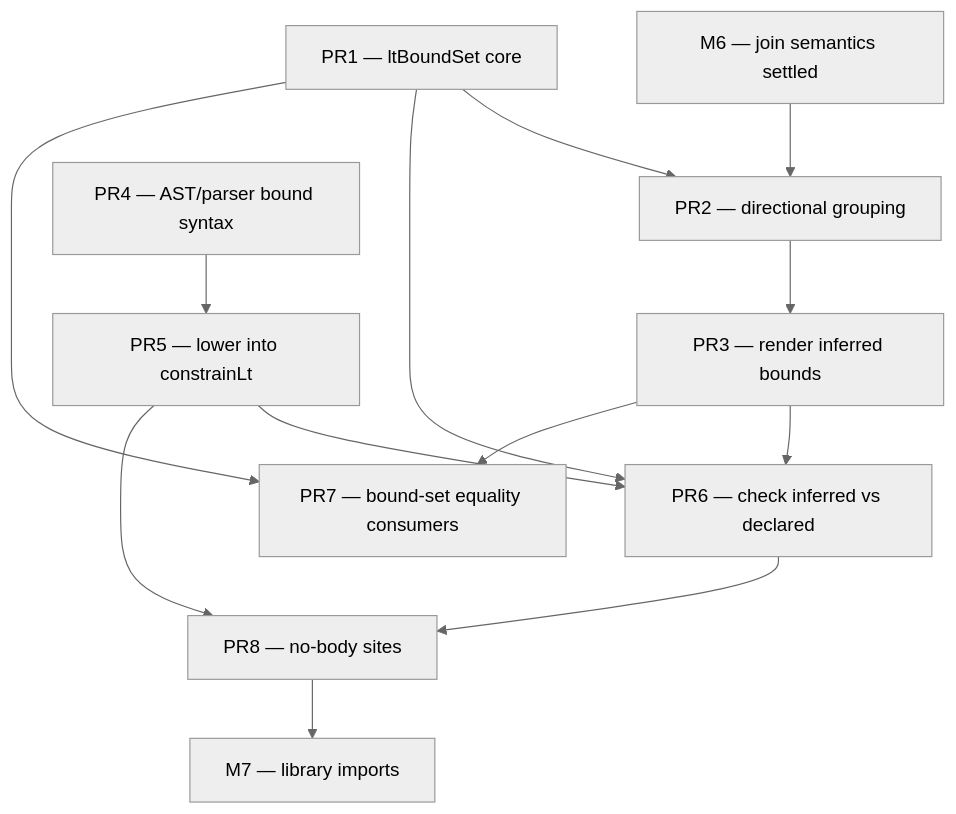
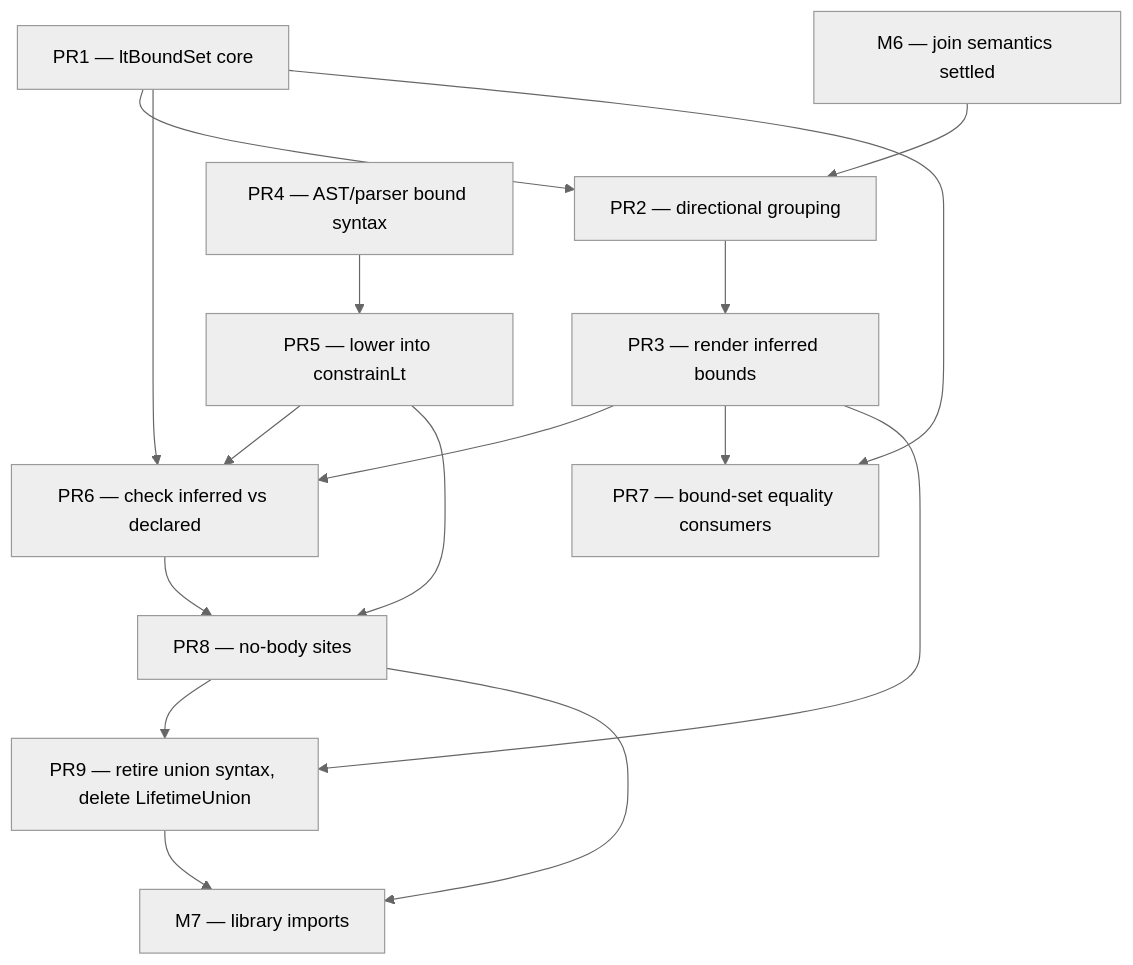
One commit to escalier-lang/escalier changed the diagram in planning/simple_sub/m6.5-implementation-plan.md. Above: the diagram before and after it, drawn with Mermaid (neutral theme). The commit also changed other lines of this file, not shown here.

First line of the commit message:
Commit to deleting LifetimeUnion outright in M6.5 plan

````diff
--- a/planning/simple_sub/m6.5-implementation-plan.md
+++ b/planning/simple_sub/m6.5-implementation-plan.md
@@ -443,15 +480,18 @@
 ```mermaid
 graph TD
     M6[M6 — join semantics settled] --> PR2
     PR1[PR1 — ltBoundSet core] --> PR2[PR2 — directional grouping]
     PR2 --> PR3[PR3 — render inferred bounds]
     PR4[PR4 — AST/parser bound syntax] --> PR5[PR5 — lower into constrainLt]
     PR1 --> PR6
     PR3 --> PR6[PR6 — check inferred vs declared]
     PR5 --> PR6
     PR1 --> PR7[PR7 — bound-set equality consumers]
     PR3 --> PR7
     PR5 --> PR8[PR8 — no-body sites]
     PR6 --> PR8
+    PR3 --> PR9[PR9 — retire union syntax, delete LifetimeUnion]
+    PR8 --> PR9
     PR8 --> M7[M7 — library imports]
+    PR9 --> M7
 ```
````
